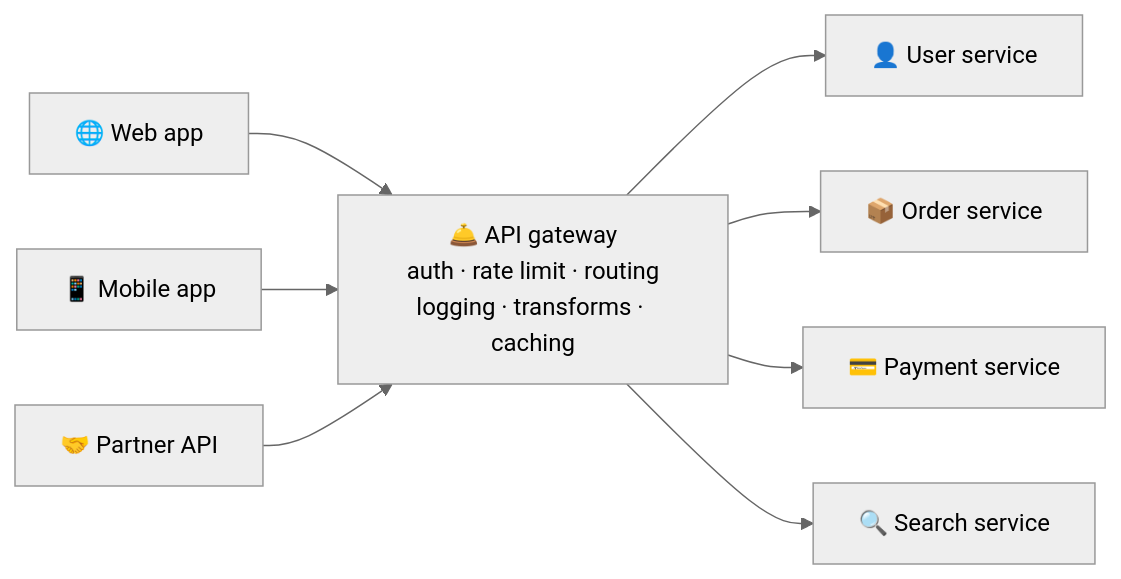
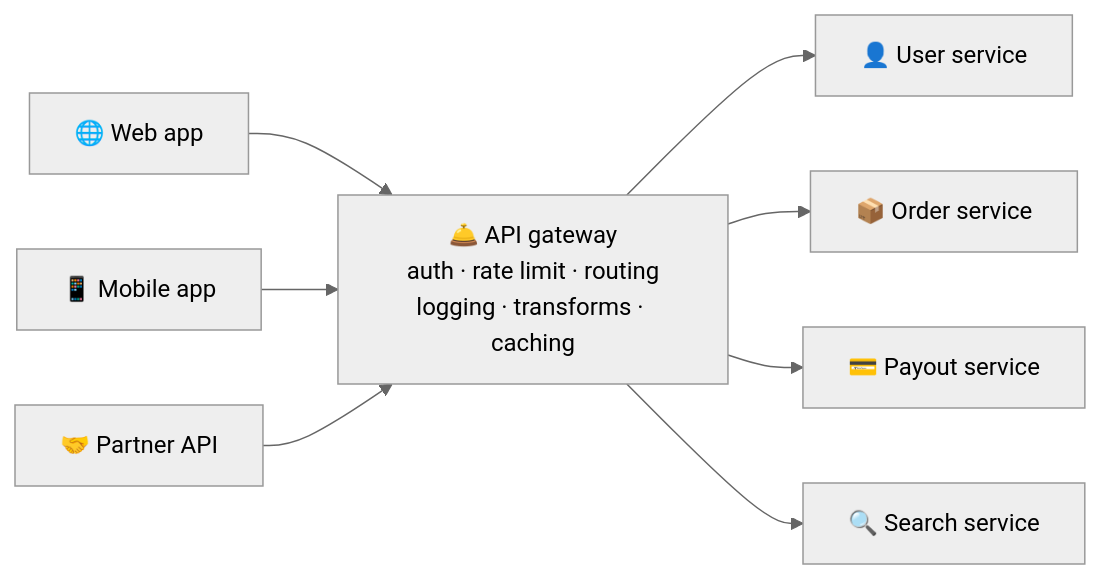
Before and after one commit to winnyboy5/System-Design-from-Atoms: the diagram in phases/03-scaling-basics/022-api-gateway.md, drawn with Mermaid (neutral theme). The commit also changed other lines of this file and 9 other files, not shown here.

````diff
--- a/phases/03-scaling-basics/022-api-gateway.md
+++ b/phases/03-scaling-basics/022-api-gateway.md
@@ -27,10 +41,10 @@
 ```mermaid
 flowchart LR
     W["🌐 Web app"] --> GW
     M["📱 Mobile app"] --> GW
     P["🤝 Partner API"] --> GW["🛎️ API gateway<br/>auth · rate limit · routing<br/>logging · transforms · caching"]
     GW --> U["👤 User service"]
     GW --> O["📦 Order service"]
-    GW --> PAY["💳 Payment service"]
+    GW --> PAY["💳 Payout service"]
     GW --> S["🔍 Search service"]
 ```
````
